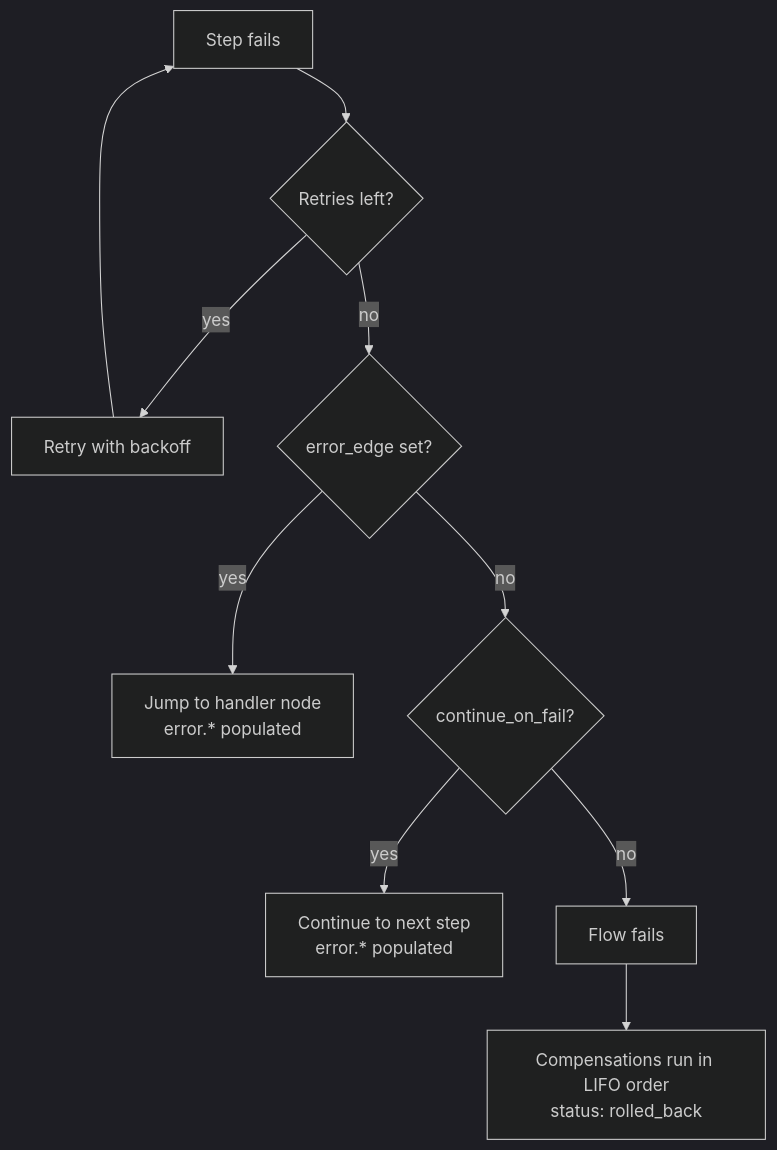
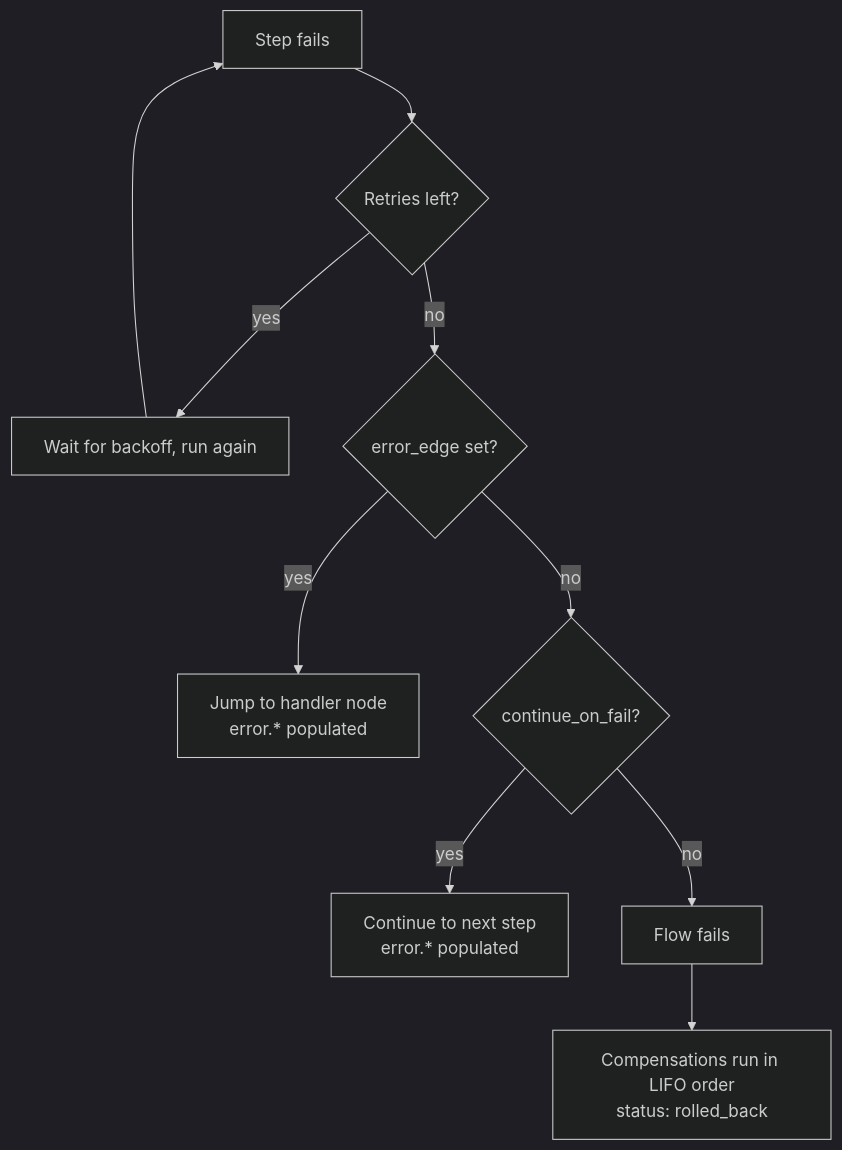
One commit to maravilla-labs/raisindb-website changed the first of 2 diagrams in docs/guides/workflows/error-handling.md. Above: the diagram before and after it, drawn with Mermaid (dark theme). The commit also changed other lines of this file and 174 other files, not shown here.

````diff
--- a/docs/guides/workflows/error-handling.md
+++ b/docs/guides/workflows/error-handling.md
@@ -9,11 +9,11 @@
 ```mermaid
 flowchart TD
     A[Step fails] --> B{Retries left?}
-    B -->|yes| C[Retry with backoff] --> A
+    B -->|yes| C[Wait for backoff, run again] --> A
     B -->|no| D{error_edge set?}
     D -->|yes| E[Jump to handler node<br/>error.* populated]
     D -->|no| F{continue_on_fail?}
     F -->|yes| G[Continue to next step<br/>error.* populated]
     F -->|no| H[Flow fails]
     H --> I[Compensations run in LIFO order<br/>status: rolled_back]
 ```
````
